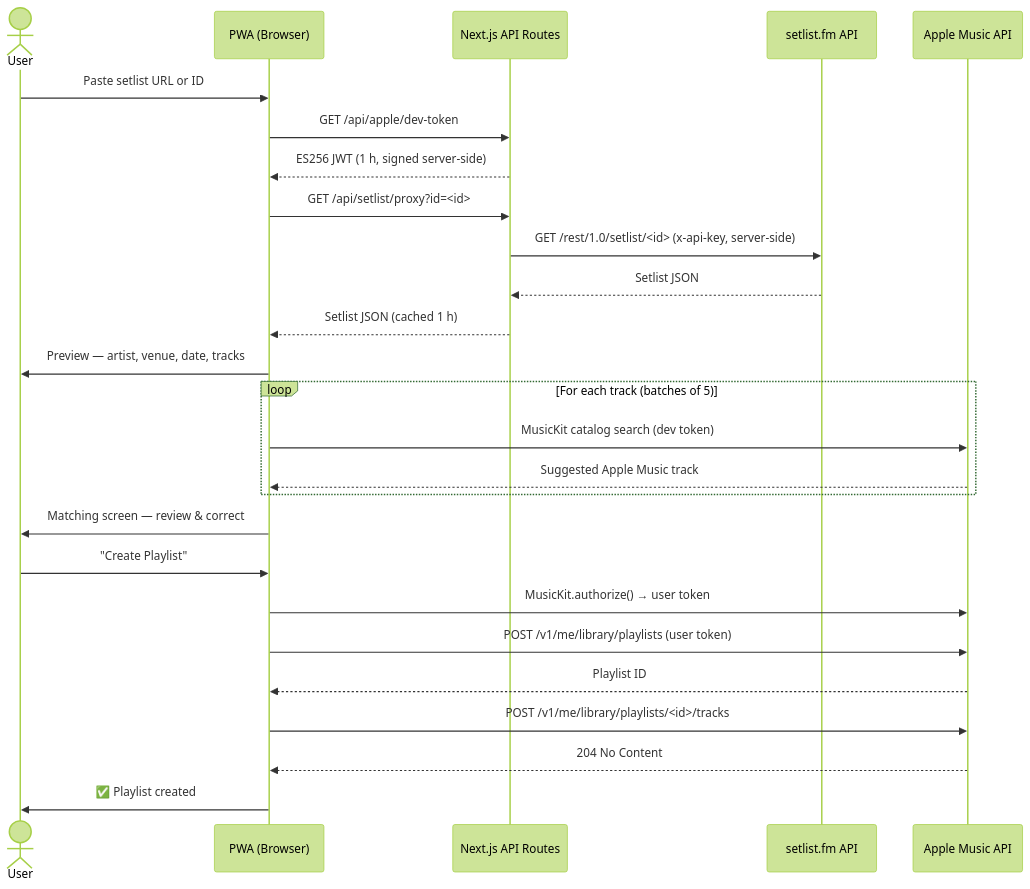
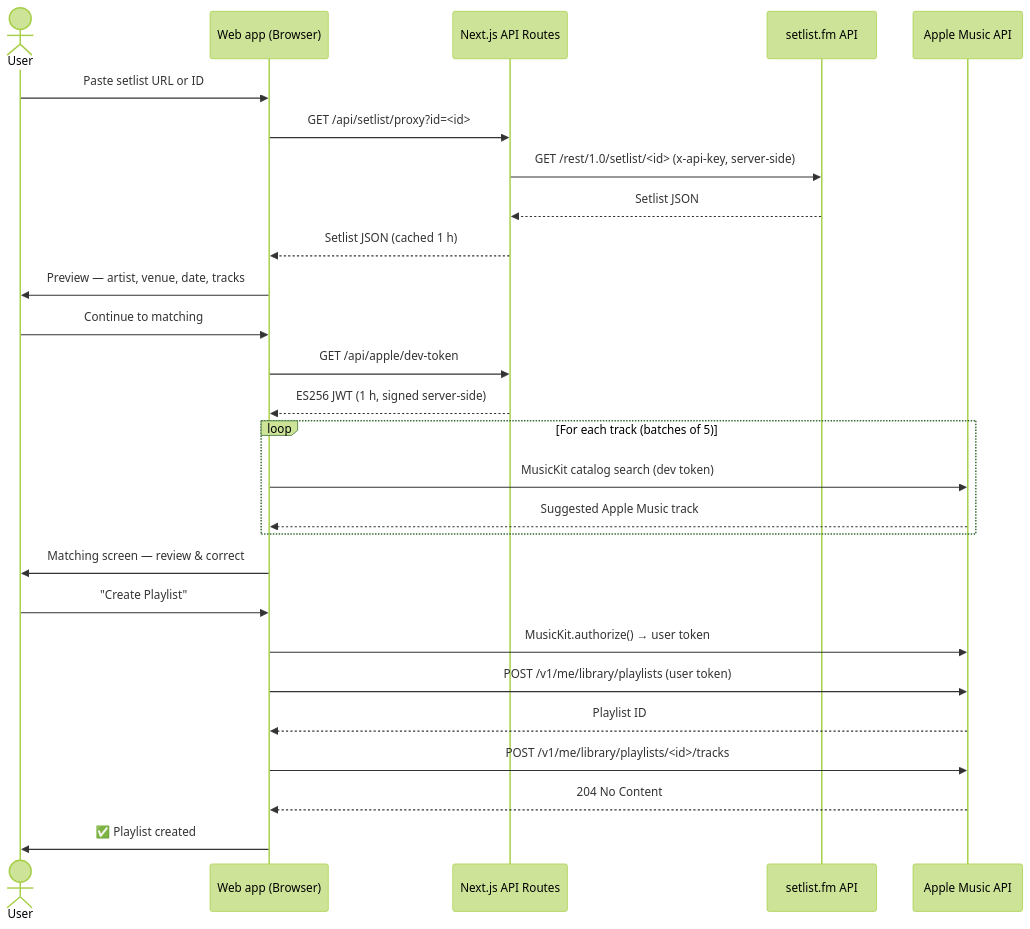
One commit to sebastianspicker/showtape changed the second of 2 diagrams in ARCHITECTURE.md. Above: the diagram before and after it, drawn with Mermaid (forest theme). The commit also changed other lines of this file and 103 other files, not shown here.

````diff
--- a/ARCHITECTURE.md
+++ b/ARCHITECTURE.md
@@ -48,34 +50,34 @@
 ```mermaid
 sequenceDiagram
     actor User
-    participant App as PWA (Browser)
+    participant App as Web app (Browser)
     participant API as Next.js API Routes
     participant SLfm as setlist.fm API
     participant AM as Apple Music API
 
     User->>App: Paste setlist URL or ID
-    App->>API: GET /api/apple/dev-token
-    API-->>App: ES256 JWT (1 h, signed server-side)
-
     App->>API: GET /api/setlist/proxy?id=<id>
     API->>SLfm: GET /rest/1.0/setlist/<id> (x-api-key, server-side)
     SLfm-->>API: Setlist JSON
     API-->>App: Setlist JSON (cached 1 h)
 
     App->>User: Preview — artist, venue, date, tracks
+    User->>App: Continue to matching
+    App->>API: GET /api/apple/dev-token
+    API-->>App: ES256 JWT (1 h, signed server-side)
 
     loop For each track (batches of 5)
         App->>AM: MusicKit catalog search (dev token)
         AM-->>App: Suggested Apple Music track
     end
 
     App->>User: Matching screen — review & correct
 
     User->>App: "Create Playlist"
     App->>AM: MusicKit.authorize() → user token
     App->>AM: POST /v1/me/library/playlists (user token)
     AM-->>App: Playlist ID
     App->>AM: POST /v1/me/library/playlists/<id>/tracks
     AM-->>App: 204 No Content
     App->>User: ✅ Playlist created
 ```
````
